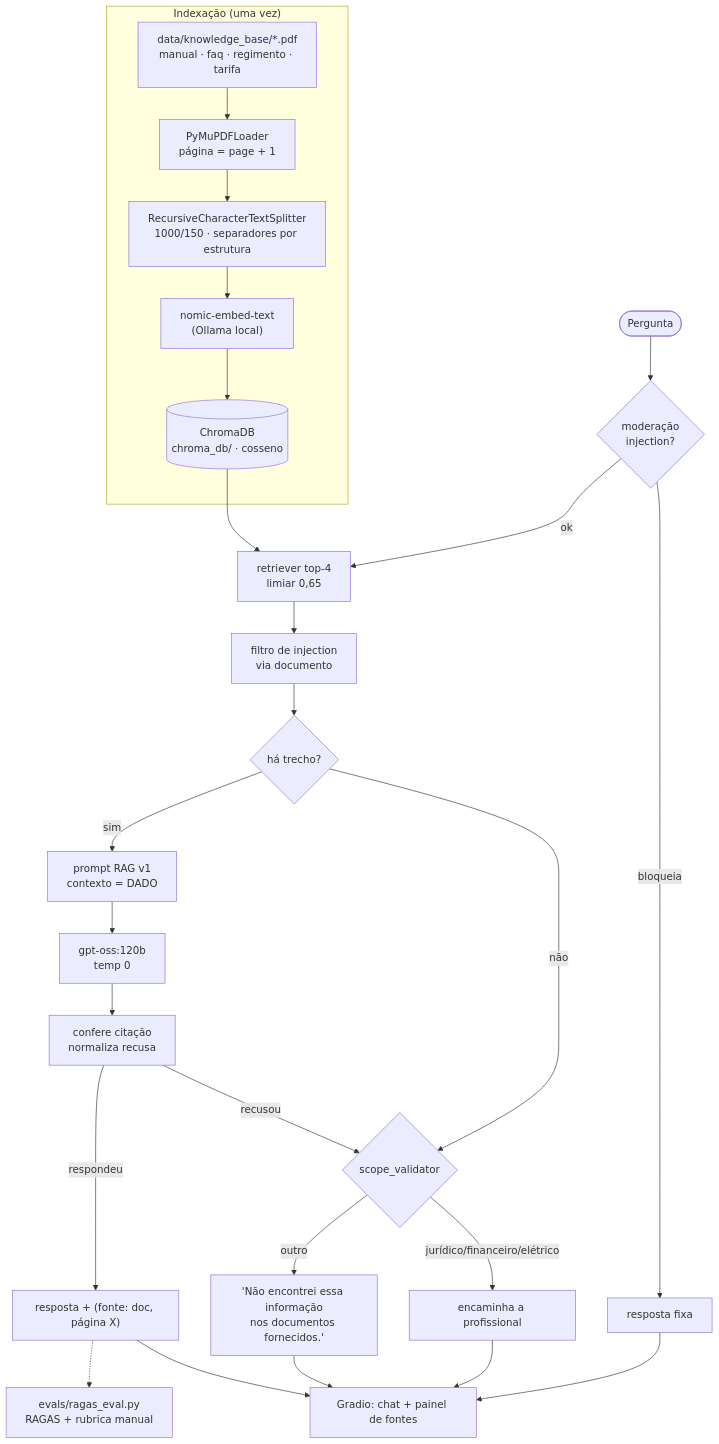
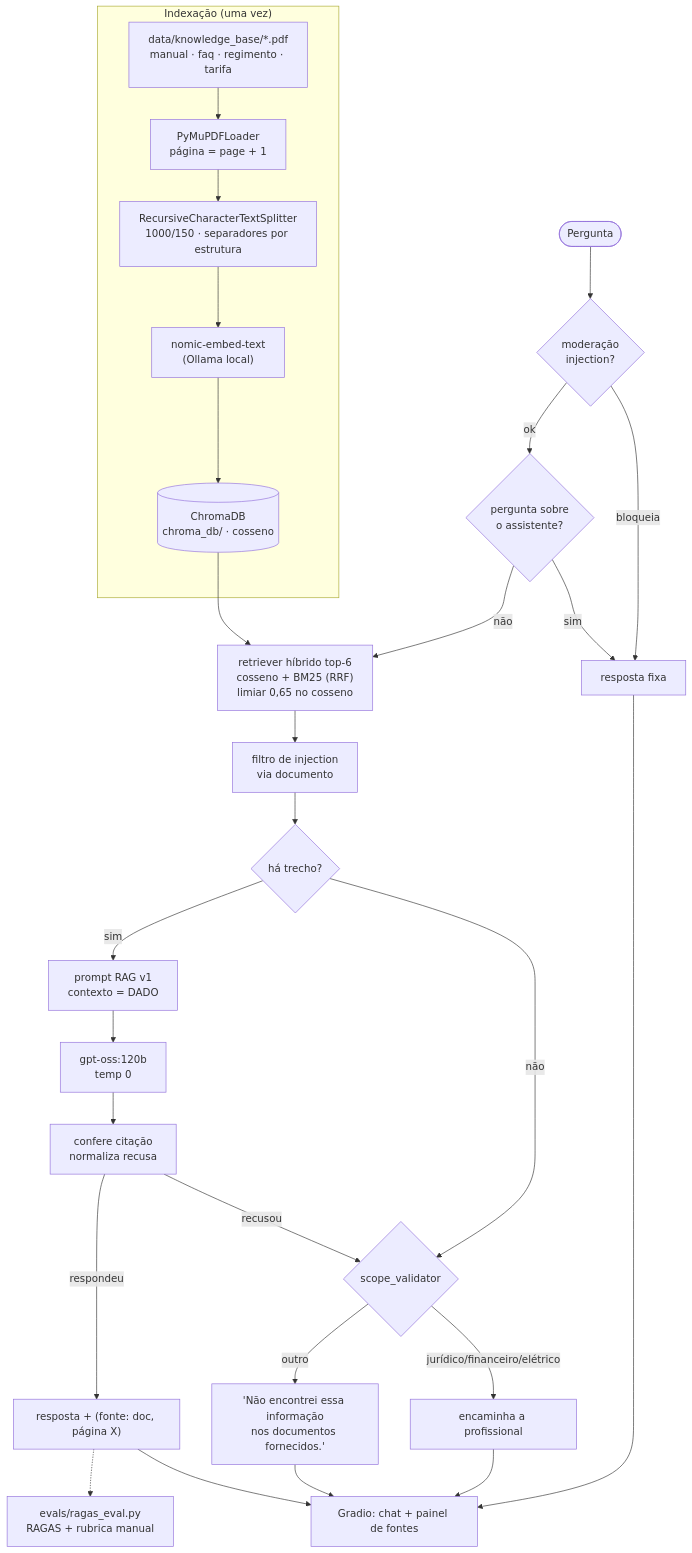
Before and after one commit to DaviZuolo07/GoodWe_Final_App: the diagram in README.md, drawn with Mermaid. The commit also changed other lines of this file and 33 other files, not shown here.

````diff
--- a/README.md
+++ b/README.md
@@ -89,23 +96,25 @@
 ```mermaid
 flowchart TD
     subgraph IDX["Indexação (uma vez)"]
         PDF["data/knowledge_base/*.pdf<br/>manual · faq · regimento · tarifa"] --> LD["PyMuPDFLoader<br/>página = page + 1"]
         LD --> CK["RecursiveCharacterTextSplitter<br/>1000/150 · separadores por estrutura"]
         CK --> EB["nomic-embed-text<br/>(Ollama local)"]
         EB --> DB[("ChromaDB<br/>chroma_db/ · cosseno")]
     end
     U(["Pergunta"]) --> MOD{"moderação<br/>injection?"}
     MOD -- bloqueia --> FIX["resposta fixa"]
-    MOD -- ok --> RET["retriever top-4<br/>limiar 0,65"]
+    MOD -- ok --> AP{"pergunta sobre<br/>o assistente?"}
+    AP -- sim --> FIX
+    AP -- não --> RET["retriever híbrido top-6<br/>cosseno + BM25 (RRF)<br/>limiar 0,65 no cosseno"]
     DB --> RET
     RET --> FIL["filtro de injection<br/>via documento"]
     FIL --> Q{"há trecho?"}
     Q -- não --> SC{"scope_validator"}
     Q -- sim --> PR["prompt RAG v1<br/>contexto = DADO"] --> LLM["gpt-oss:120b<br/>temp 0"] --> PP["confere citação<br/>normaliza recusa"]
     PP -- recusou --> SC
     SC -- jurídico/financeiro/elétrico --> ENC["encaminha a profissional"]
     SC -- outro --> REC["'Não encontrei essa informação<br/>nos documentos fornecidos.'"]
     PP -- respondeu --> OUT["resposta + (fonte: doc, página X)"]
     OUT & REC & ENC & FIX --> UI["Gradio: chat + painel de fontes"]
     OUT -.-> EV["evals/ragas_eval.py<br/>RAGAS + rubrica manual"]
 ```
````
